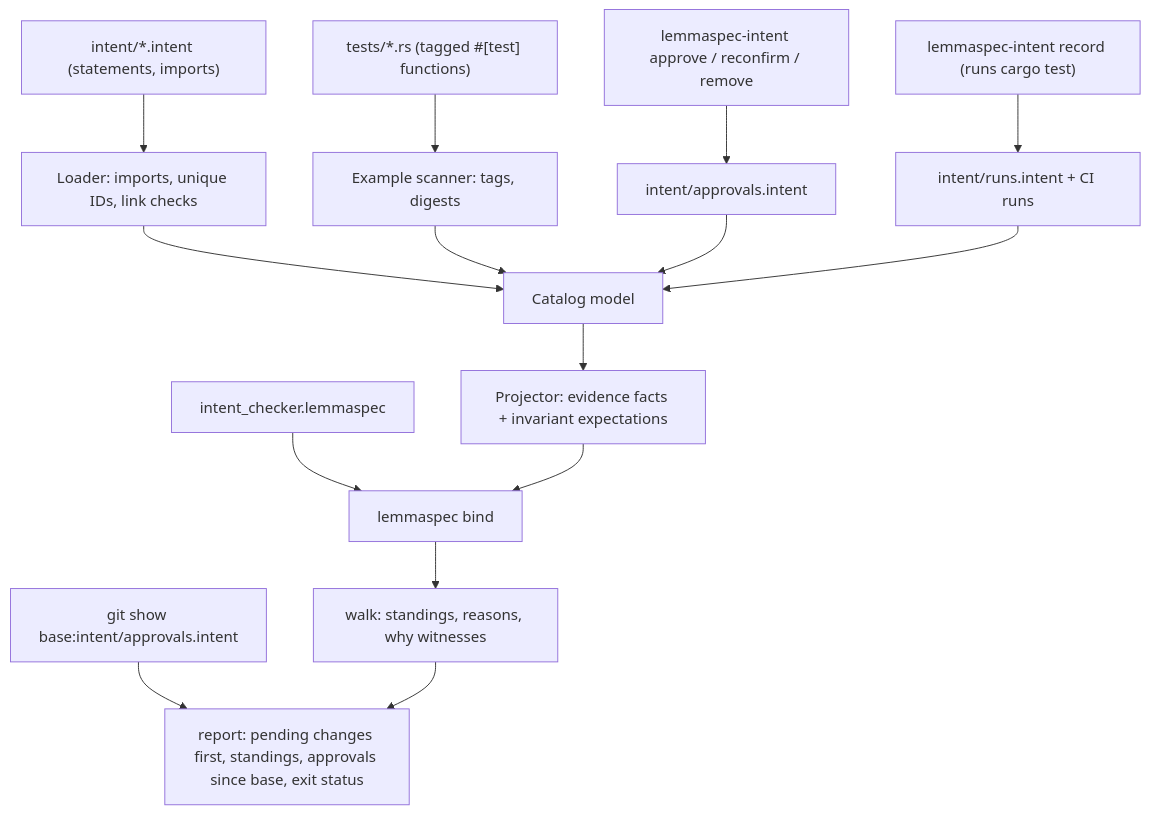
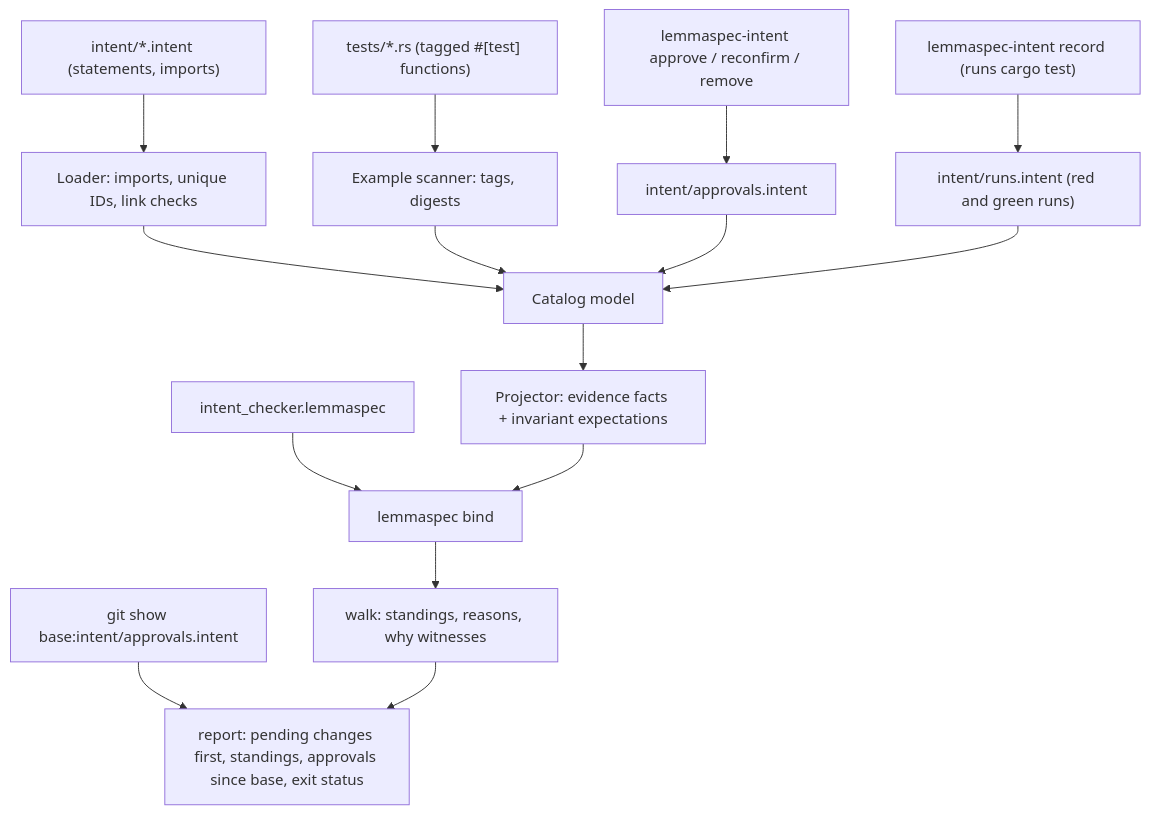
One commit to MortenHusted/lemmaspec changed the second of 3 diagrams in docs/plans/2026-10-22-1005-feat-intent-catalog-plan.md. Above: the diagram before and after it, drawn with Mermaid. The commit also changed other lines of this file and 3 other files, not shown here.

Commit message:
ci(intent): drop the intent job and commit green runs

````diff
--- a/docs/plans/2026-10-22-1005-feat-intent-catalog-plan.md
+++ b/docs/plans/2026-10-22-1005-feat-intent-catalog-plan.md
@@ -297,17 +297,17 @@
 ```mermaid
 flowchart TB
   CAT["intent/*.intent (statements, imports)"] --> LOAD[Loader: imports, unique IDs, link checks]
   TESTS["tests/*.rs (tagged #[test] functions)"] --> SCAN[Example scanner: tags, digests]
   LOAD --> MODEL[Catalog model]
   SCAN --> MODEL
   APPR["intent/approvals.intent"] --> MODEL
-  LEDGER["intent/runs.intent + CI runs"] --> MODEL
+  LEDGER["intent/runs.intent (red and green runs)"] --> MODEL
   REC["lemmaspec-intent record (runs cargo test)"] --> LEDGER
   APP["lemmaspec-intent approve / reconfirm / remove"] --> APPR
   MODEL --> PROJ[Projector: evidence facts + invariant expectations]
   CHK["intent_checker.lemmaspec"] --> BIND[lemmaspec bind]
   PROJ --> BIND
   BIND --> WALK[walk: standings, reasons, why witnesses]
   BASE["git show base:intent/approvals.intent"] --> REPORT
   WALK --> REPORT["report: pending changes first, standings, approvals since base, exit status"]
 ```
````
